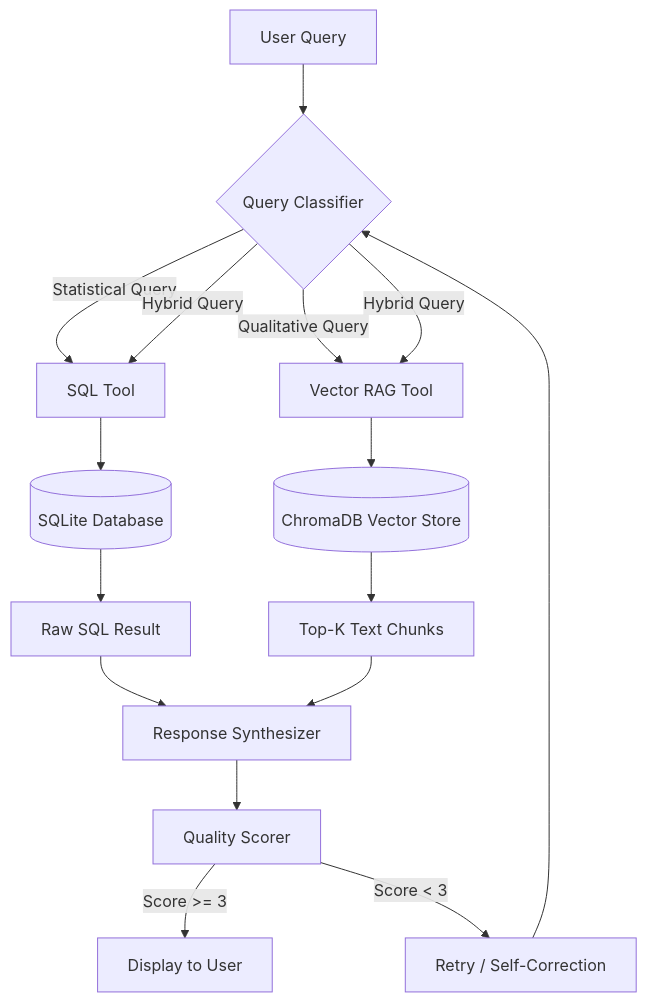
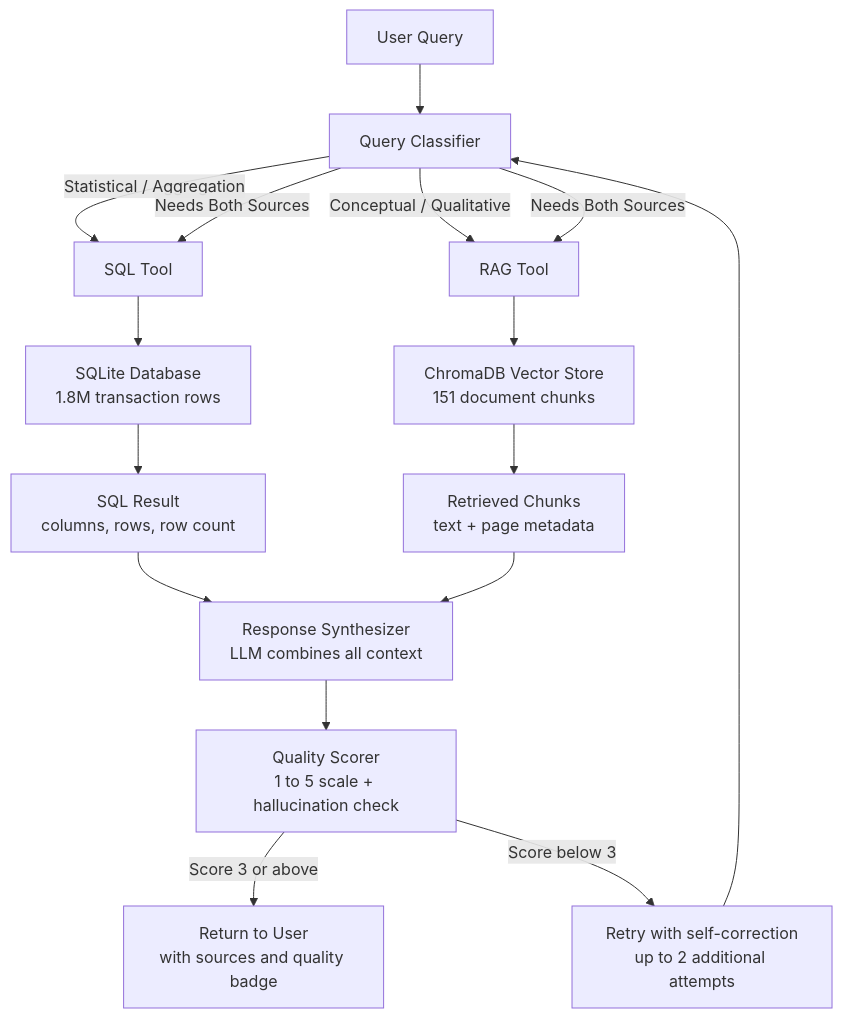
Before and after one commit to corneliusjustin/fraud-qna-chatbot: the first of 2 diagrams in README.md, drawn with Mermaid. The commit also changed other lines of this file, not shown here.

````diff
--- a/README.md
+++ b/README.md
@@ -7,21 +32,23 @@
 ```mermaid
 graph TD
-    A[User Query] --> B{Query Classifier}
-    B -- "Statistical Query" --> C[SQL Tool]
-    B -- "Qualitative Query" --> D[Vector RAG Tool]
-    B -- "Hybrid Query" --> C & D
-    
-    C --> F[(SQLite Database)]
-    D --> G[(ChromaDB Vector Store)]
-    
-    F --> H[Raw SQL Result]
-    G --> I[Top-K Text Chunks]
-    
-    H --> J[Response Synthesizer]
-    I --> J
-    
-    J --> K[Quality Scorer]
-    K -- "Score >= 3" --> L[Display to User]
-    K -- "Score < 3" --> M[Retry / Self-Correction]
-    M --> B
+    A[User Query] --> B[Query Classifier]
+    B -- Statistical / Aggregation --> C[SQL Tool]
+    B -- Conceptual / Qualitative --> D[RAG Tool]
+    B -- Needs Both Sources --> C
+    B -- Needs Both Sources --> D
+
+    C --> E[SQLite Database<br/>1.8M transaction rows]
+    D --> F[ChromaDB Vector Store<br/>151 document chunks]
+
+    E --> G[SQL Result<br/>columns, rows, row count]
+    F --> H[Retrieved Chunks<br/>text + page metadata]
+
+    G --> I[Response Synthesizer<br/>LLM combines all context]
+    H --> I
+
+    I --> J[Quality Scorer<br/>1 to 5 scale + hallucination check]
+
+    J -- Score 3 or above --> K[Return to User<br/>with sources and quality badge]
+    J -- Score below 3 --> L[Retry with self-correction<br/>up to 2 additional attempts]
+    L --> B
 ```
````
